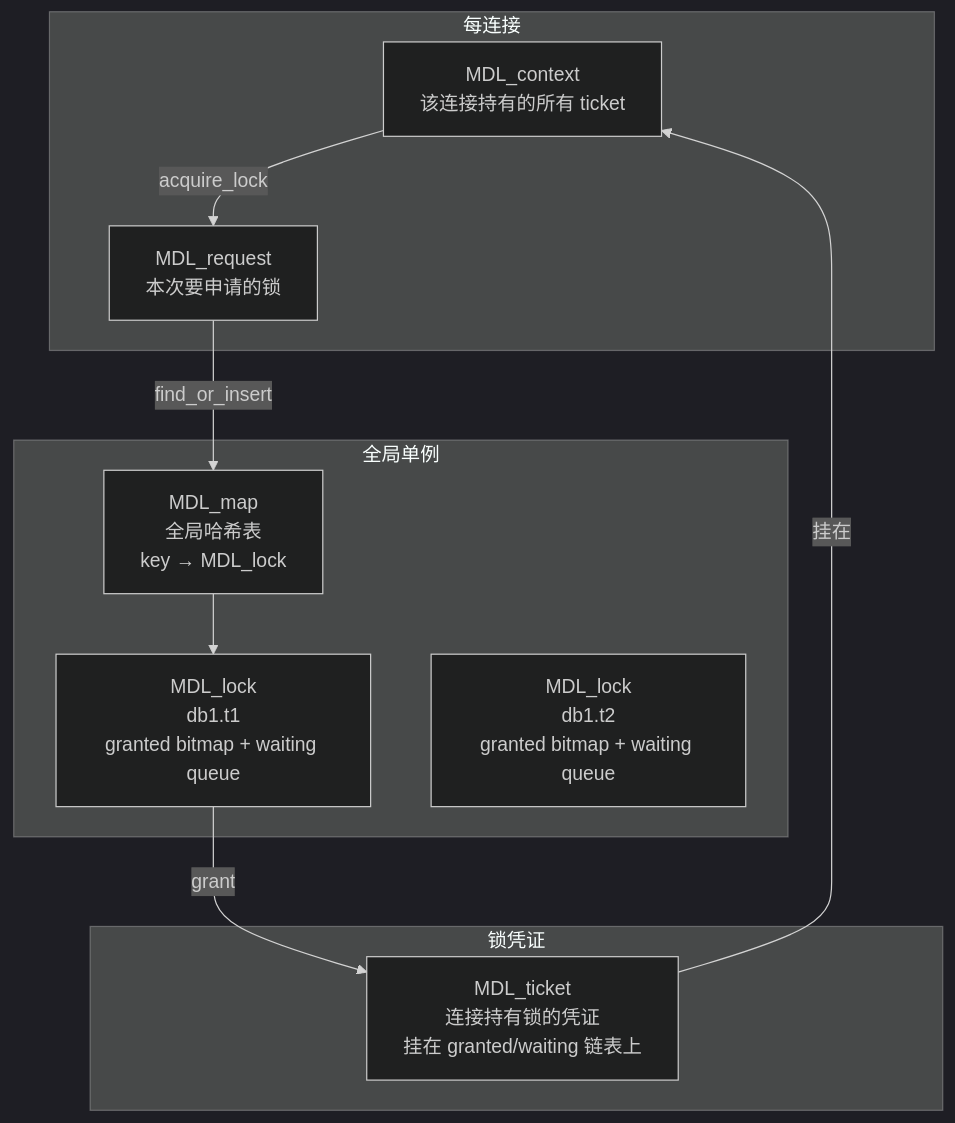
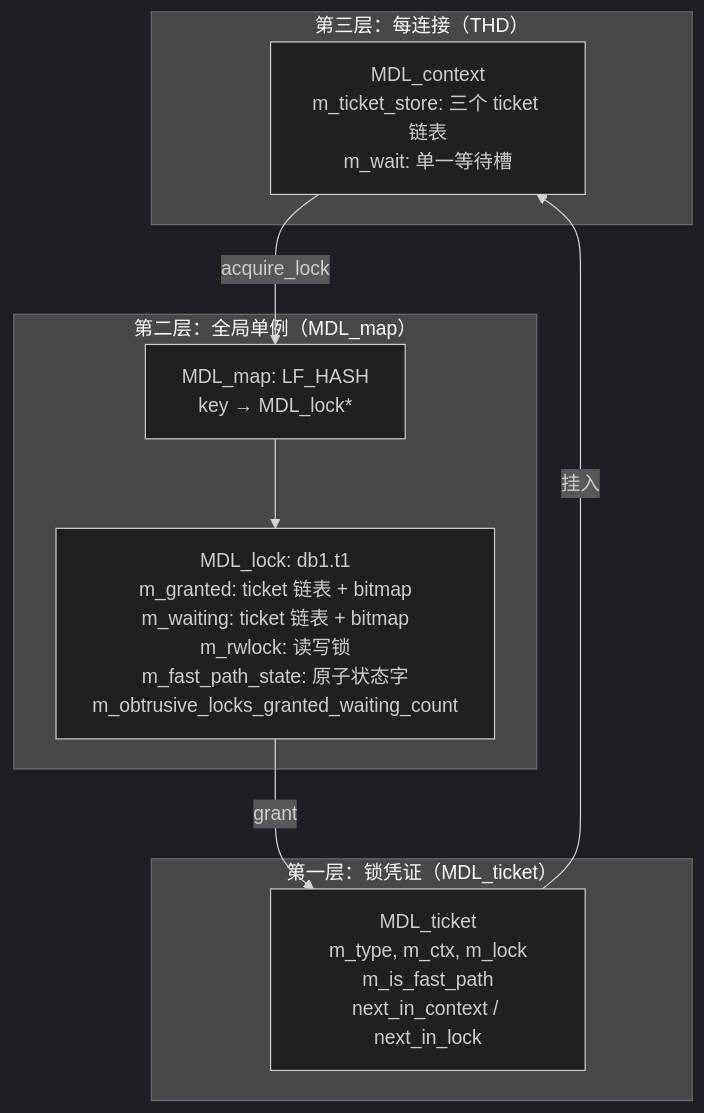
The first of 3 diagrams in content/2026-05-17-mysql-mdl-source-analysis.md (Aqiu16717/mysql-notes), drawn with Mermaid (dark theme) before and after one commit. The commit also changed other lines of this file, not shown here.

First line of the commit message:
Deepen MDL source analysis (v2): CAS loop, deadlock DFS, bitmap logic

````diff
--- a/content/2026-05-17-mysql-mdl-source-analysis.md
+++ b/content/2026-05-17-mysql-mdl-source-analysis.md
@@ -23,23 +26,20 @@
 ```mermaid
 flowchart TB
-    subgraph "每连接"
-        MDL_ctx[MDL_context<br/>该连接持有的所有 ticket]
-        MDL_req[MDL_request<br/>本次要申请的锁]
+    subgraph "第三层：每连接（THD）"
+        MDL_ctx[MDL_context<br/>m_ticket_store: 三个 ticket 链表<br/>m_wait: 单一等待槽]
     end
     
-    subgraph "全局单例"
-        MDL_map[MDL_map<br/>全局哈希表<br/>key → MDL_lock]
-        MDL_lock1[MDL_lock<br/>db1.t1<br/>granted bitmap + waiting queue]
-        MDL_lock2[MDL_lock<br/>db1.t2<br/>granted bitmap + waiting queue]
+    subgraph "第二层：全局单例（MDL_map）"
+        MDL_map[MDL_map: LF_HASH<br/>key → MDL_lock*]
+        MDL_lock1[MDL_lock: db1.t1<br/>m_granted: ticket 链表 + bitmap<br/>m_waiting: ticket 链表 + bitmap<br/>m_rwlock: 读写锁<br/>m_fast_path_state: 原子状态字<br/>m_obtrusive_locks_granted_waiting_count]
     end
     
-    subgraph "锁凭证"
-        ticket[MDL_ticket<br/>连接持有锁的凭证<br/>挂在 granted/waiting 链表上]
+    subgraph "第一层：锁凭证（MDL_ticket）"
+        ticket[MDL_ticket<br/>m_type, m_ctx, m_lock<br/>m_is_fast_path<br/>next_in_context / next_in_lock]
     end
     
-    MDL_ctx -->|acquire_lock| MDL_req
-    MDL_req -->|find_or_insert| MDL_map
+    MDL_ctx -->|acquire_lock| MDL_map
     MDL_map --> MDL_lock1
     MDL_lock1 -->|grant| ticket
-    ticket -->|挂在| MDL_ctx
+    ticket -->|挂入| MDL_ctx
 ```
````
